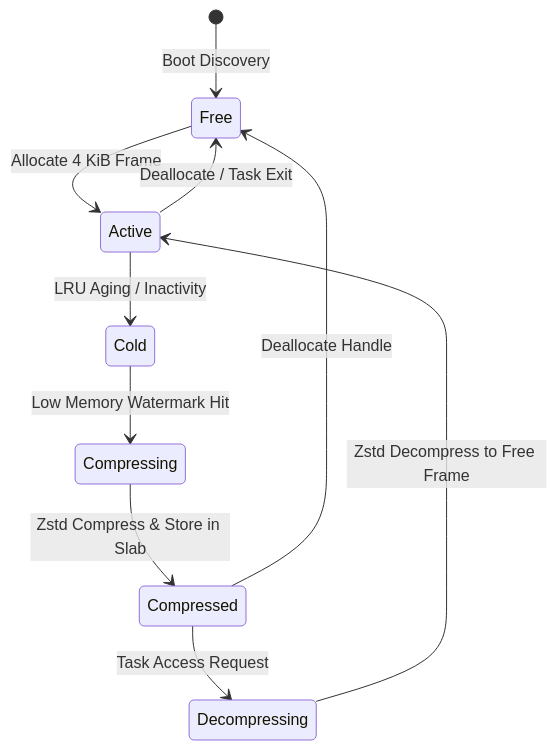
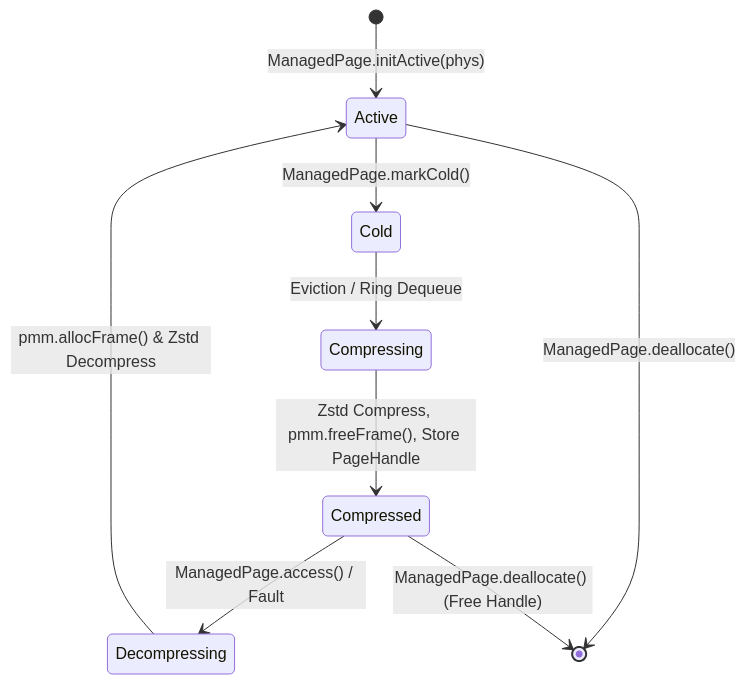
The diagram in DESIGN.md (Dercypt/ramOS), drawn with Mermaid before and after one commit. The commit also changed other lines of this file, not shown here.

Commit message:
docs(arch): update page lifecycle and FrameMeta responsibilities in DESIGN.md

````diff
--- a/DESIGN.md
+++ b/DESIGN.md
@@ -34,12 +37,11 @@
 ```mermaid
 stateDiagram-v2
-    [*] --> Free: Boot Discovery
-    Free --> Active: Allocate 4 KiB Frame
-    Active --> Cold: LRU Aging / Inactivity
-    Cold --> Compressing: Low Memory Watermark Hit
-    Compressing --> Compressed: Zstd Compress & Store in Slab
-    Compressed --> Decompressing: Task Access Request
-    Decompressing --> Active: Zstd Decompress to Free Frame
-    Active --> Free: Deallocate / Task Exit
-    Compressed --> Free: Deallocate Handle
+    [*] --> Active: ManagedPage.initActive(phys)
+    Active --> Cold: ManagedPage.markCold()
+    Cold --> Compressing: Eviction / Ring Dequeue
+    Compressing --> Compressed: Zstd Compress, pmm.freeFrame(), Store PageHandle
+    Compressed --> Decompressing: ManagedPage.access() / Fault
+    Decompressing --> Active: pmm.allocFrame() & Zstd Decompress
+    Active --> [*]: ManagedPage.deallocate()
+    Compressed --> [*]: ManagedPage.deallocate() (Free Handle)
 ```
````
